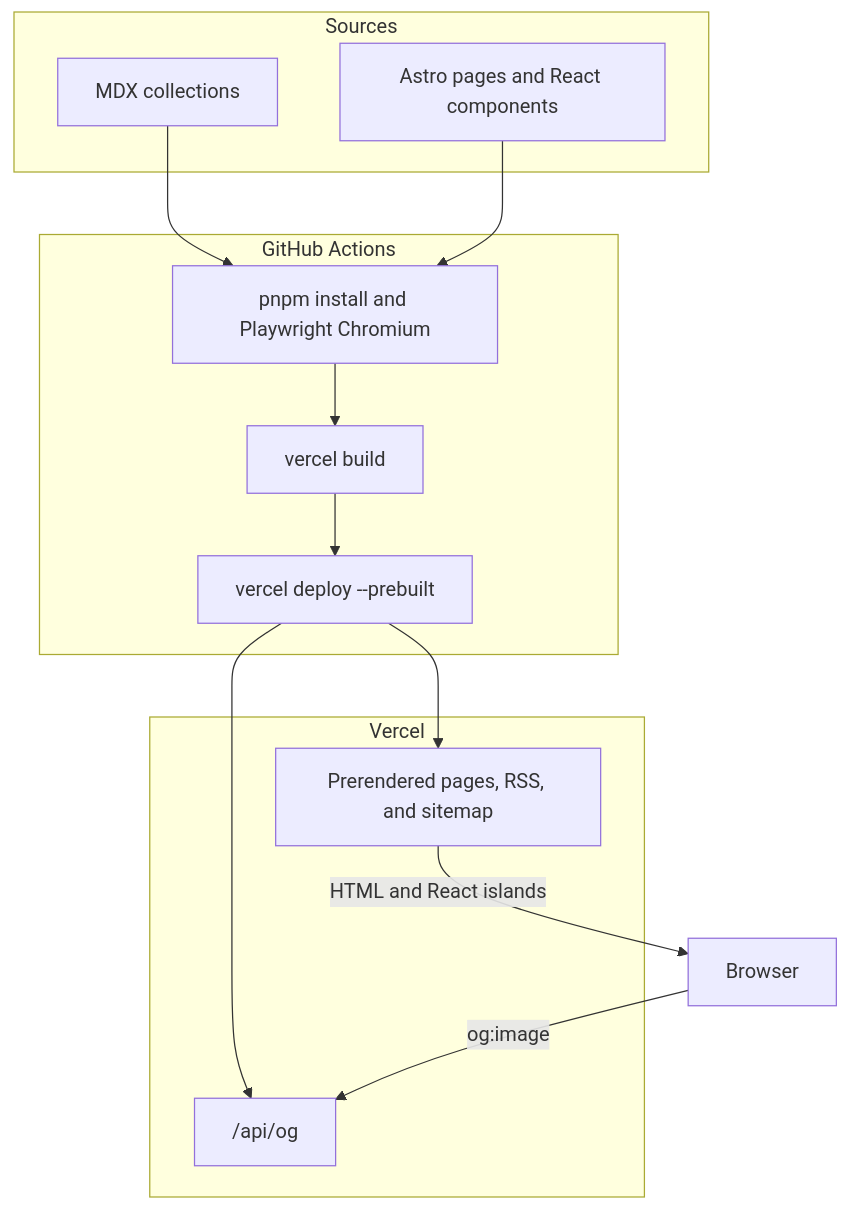
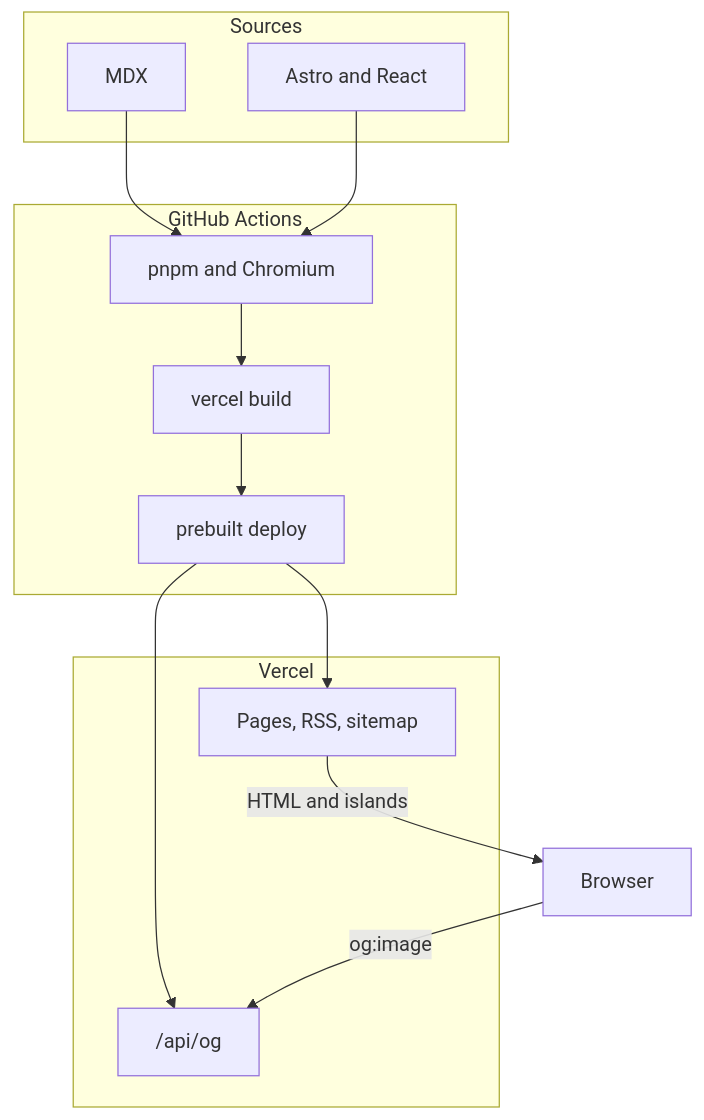
Before and after one commit to anav5704/anav.dev: the diagram in README.md, drawn with Mermaid. The commit also changed other lines of this file, not shown here.

Commit message:
docs: tighten the readme diagram and drop the section rules

````diff
--- a/README.md
+++ b/README.md
@@ -5,29 +5,29 @@
 ```mermaid
 flowchart TD
     subgraph sources [Sources]
-        mdx[MDX collections]
-        src[Astro pages and React components]
+        mdx[MDX]
+        src[Astro and React]
     end
 
     subgraph ci [GitHub Actions]
-        install[pnpm install and Playwright Chromium]
+        install[pnpm and Chromium]
         build[vercel build]
-        ship["vercel deploy --prebuilt"]
+        ship[prebuilt deploy]
     end
 
     subgraph host [Vercel]
-        pages["Prerendered pages, RSS, and sitemap"]
+        pages["Pages, RSS, sitemap"]
         og["/api/og"]
     end
 
     browser[Browser]
 
     mdx --> install
     src --> install
     install --> build
     build --> ship
     ship --> pages
     ship --> og
-    pages -->|HTML and React islands| browser
+    pages -->|HTML and islands| browser
     browser -->|og:image| og
 ```
````
